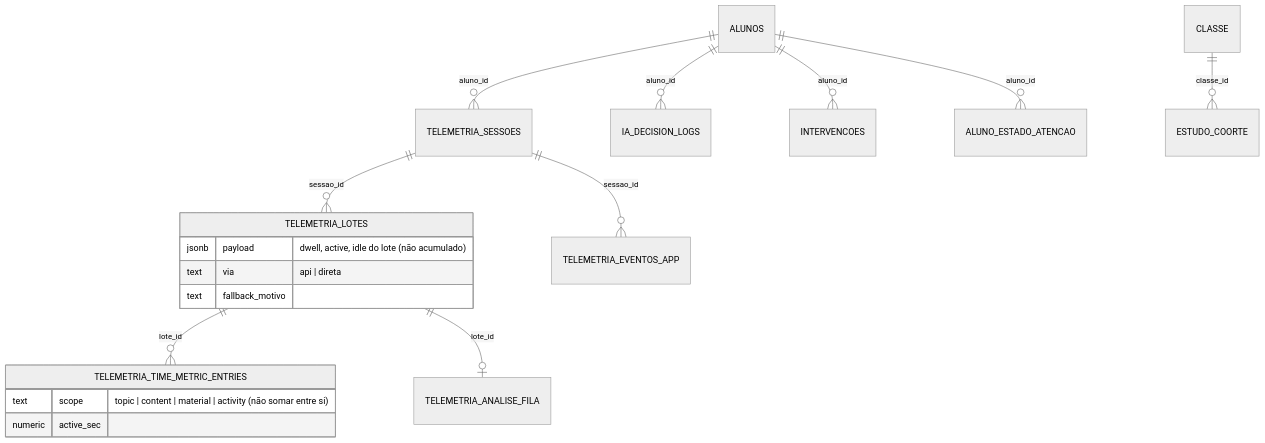
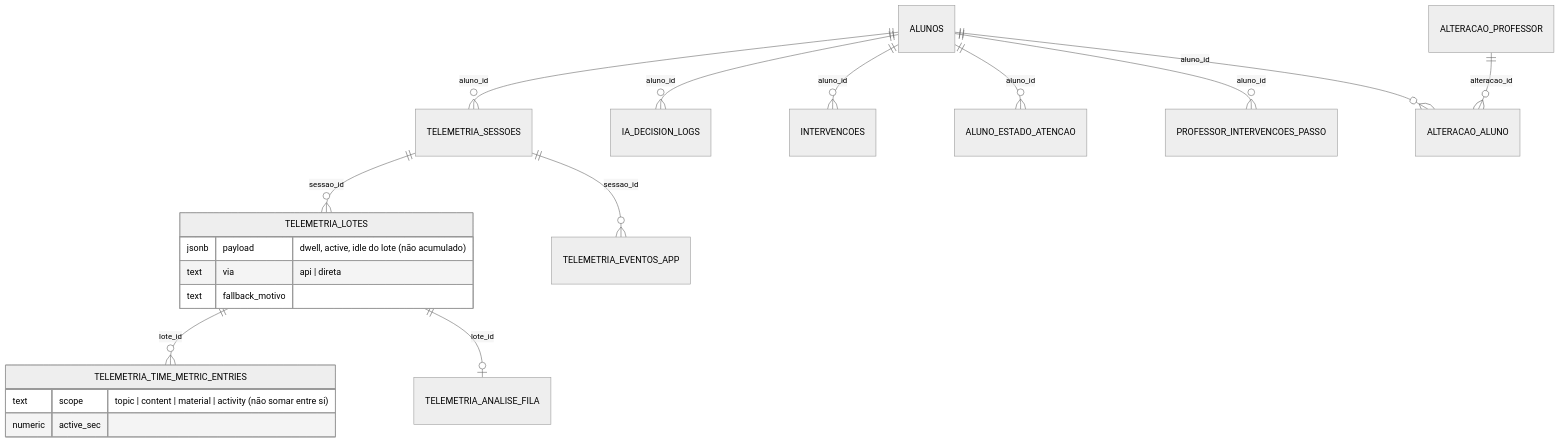
The sixth of 14 diagrams in docs/tcc/modelagem/05-dados.md (Geisbelly/TrailUp), drawn with Mermaid (neutral theme) before and after one commit. The commit also changed other lines of this file and 69 other files, not shown here.

````diff
--- a/docs/tcc/modelagem/05-dados.md
+++ b/docs/tcc/modelagem/05-dados.md
@@ -124,22 +168,24 @@
 ```mermaid
 erDiagram
   ALUNOS ||--o{ TELEMETRIA_SESSOES : aluno_id
   TELEMETRIA_SESSOES ||--o{ TELEMETRIA_LOTES : sessao_id
   TELEMETRIA_LOTES ||--o{ TELEMETRIA_TIME_METRIC_ENTRIES : lote_id
   TELEMETRIA_LOTES ||--o| TELEMETRIA_ANALISE_FILA : lote_id
   TELEMETRIA_SESSOES ||--o{ TELEMETRIA_EVENTOS_APP : sessao_id
   ALUNOS ||--o{ IA_DECISION_LOGS : aluno_id
   ALUNOS ||--o{ INTERVENCOES : aluno_id
   ALUNOS ||--o{ ALUNO_ESTADO_ATENCAO : aluno_id
-  CLASSE ||--o{ ESTUDO_COORTE : classe_id
+  ALUNOS ||--o{ PROFESSOR_INTERVENCOES_PASSO : aluno_id
+  ALUNOS ||--o{ ALTERACAO_ALUNO : aluno_id
+  ALTERACAO_PROFESSOR ||--o{ ALTERACAO_ALUNO : alteracao_id
 
   TELEMETRIA_LOTES {
     jsonb payload "dwell, active, idle do lote (não acumulado)"
     text via "api | direta"
     text fallback_motivo
   }
   TELEMETRIA_TIME_METRIC_ENTRIES {
     text scope "topic | content | material | activity (não somar entre si)"
     numeric active_sec
   }
 ```
````
